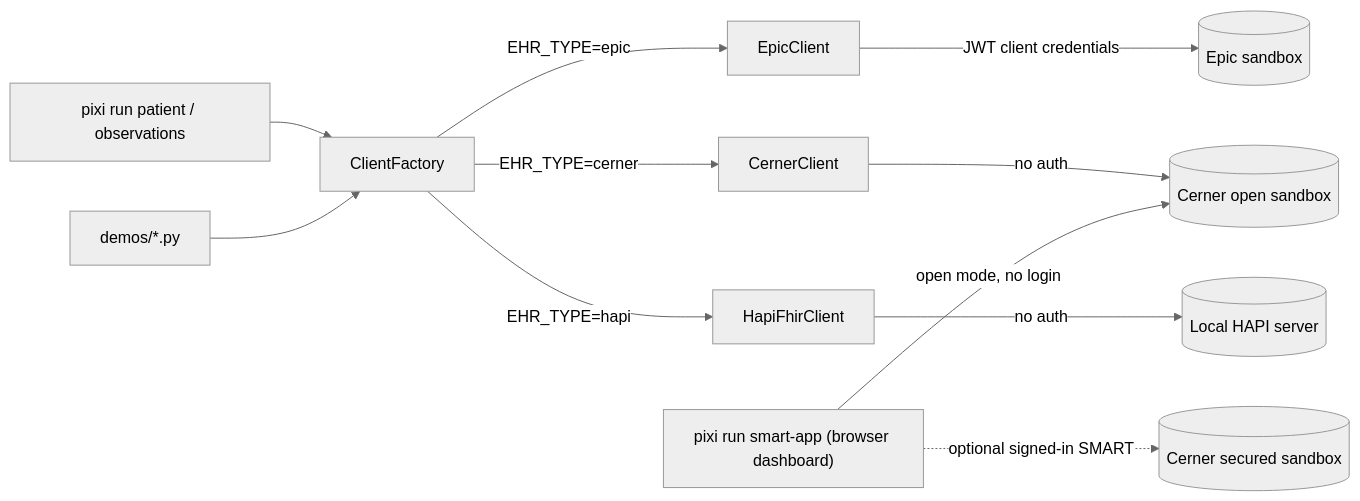
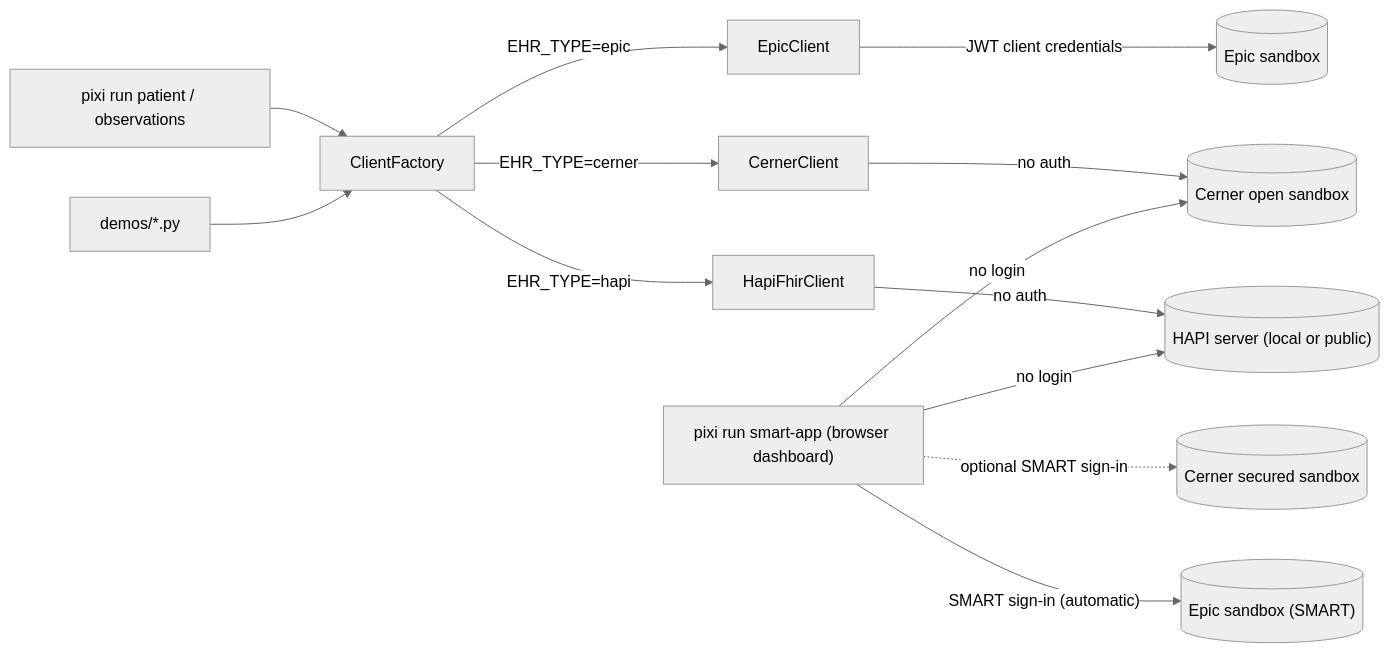
Before and after one commit to tonyreina/ehr_sandbox: the diagram in docs/index.md, drawn with Mermaid (neutral theme). The commit also changed other lines of this file and 15 other files, not shown here.

First line of the commit message:
Make the dashboard multi-EHR with automatic sign-in

````diff
--- a/docs/index.md
+++ b/docs/index.md
@@ -11,13 +11,15 @@
 ```mermaid
 flowchart LR
     CLI["pixi run patient / observations"] --> F[ClientFactory]
     Demos[demos/*.py] --> F
     F -->|EHR_TYPE=epic| EP[EpicClient]
     F -->|EHR_TYPE=cerner| CE[CernerClient]
     F -->|EHR_TYPE=hapi| HA[HapiFhirClient]
     EP -->|"JWT client credentials"| EPIC[(Epic sandbox)]
     CE -->|"no auth"| CERN[(Cerner open sandbox)]
-    HA -->|"no auth"| HAPI[(Local HAPI server)]
-    DASH["pixi run smart-app (browser dashboard)"] -->|"open mode, no login"| CERN
-    DASH -.->|"optional signed-in SMART"| CERNS[(Cerner secured sandbox)]
+    HA -->|"no auth"| HAPI[("HAPI server (local or public)")]
+    DASH["pixi run smart-app (browser dashboard)"] -->|"no login"| CERN
+    DASH -->|"no login"| HAPI
+    DASH -.->|"optional SMART sign-in"| CERNS[(Cerner secured sandbox)]
+    DASH -->|"SMART sign-in (automatic)"| EPICS[("Epic sandbox (SMART)")]
 ```
````
